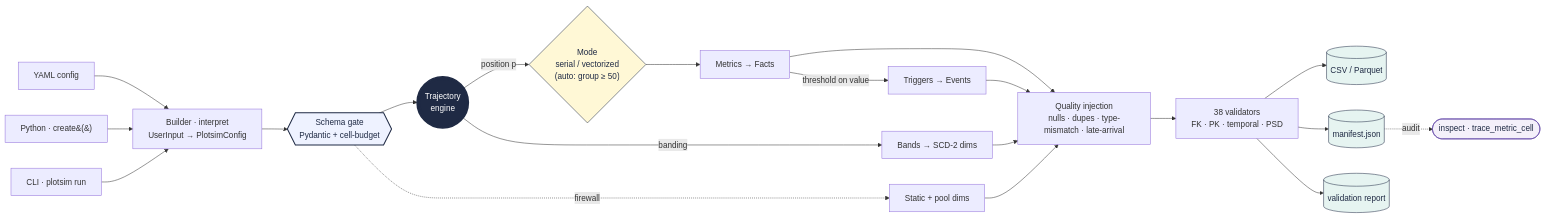
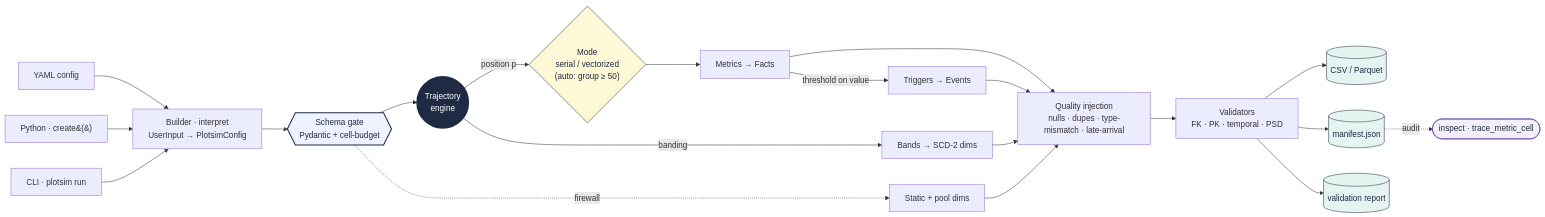
One commit to mohossam01/plotsim changed the diagram in README.md. Above: the diagram before and after it, drawn with Mermaid. The commit also changed other lines of this file and 23 other files, not shown here.

````diff
--- a/README.md
+++ b/README.md
@@ -155,66 +155,66 @@
 ```mermaid
 flowchart LR
     %% Three input paths
     YAML["YAML config"]
     PY["Python · create&#40;&#41;"]
     CLI["CLI · plotsim run"]
 
     %% Audit surface (read-only, post-generation)
     INS(["inspect · trace_metric_cell"])
 
     %% All three converge on the builder
     YAML --> BUILD
     PY --> BUILD
     CLI --> BUILD
 
     BUILD["Builder · interpret<br/>UserInput → PlotsimConfig"]
 
     %% Schema gate
     BUILD --> SCHEMA
     SCHEMA{{"Schema gate<br/>Pydantic + cell-budget"}}
 
     %% Engine — trajectory hub
     SCHEMA --> TRAJ
     TRAJ(((Trajectory<br/>engine)))
 
     %% Generation-mode decision (only on the fact-table path)
     TRAJ -->|"position p"| MODE{"Mode<br/>serial / vectorized<br/>(auto: group ≥ 50)"}
 
     %% Direct & transitive consumers
     MODE --> METR["Metrics → Facts"]
     TRAJ -->|"banding"| SCDB["Bands → SCD-2 dims"]
     METR -->|"threshold on value"| EVTR["Triggers → Events"]
 
     %% Architectural firewall — static / pool dims bypass trajectory
     SCHEMA -.firewall.-> SDIMS["Static + pool dims"]
 
     %% Quality injection (deliberate defects)
     METR --> QLT
     EVTR --> QLT
     SCDB --> QLT
     SDIMS --> QLT
     QLT["Quality injection<br/>nulls · dupes · type-mismatch · late-arrival"]
 
     %% Validation (integrity checks)
-    QLT --> VAL["38 validators<br/>FK · PK · temporal · PSD"]
+    QLT --> VAL["Validators<br/>FK · PK · temporal · PSD"]
 
     %% Outputs diverge
     VAL --> CSV[("CSV / Parquet")]
     VAL --> MAN[("manifest.json")]
     VAL --> RPT[("validation report")]
 
     %% Audit back-edge
     MAN -.audit.-> INS
 
     classDef gate fill:#eef2ff,stroke:#1f2a44,stroke-width:2px,color:#1f2a44
     classDef hub fill:#1f2a44,color:#fff,stroke:#1f2a44,stroke-width:3px
     classDef store fill:#e6f4f1,stroke:#1f2a44,color:#1f2a44
     classDef audit fill:#f4f0fa,stroke:#5a3da3,color:#1f2a44
     classDef decision fill:#fff8d6,stroke:#1f2a44,color:#1f2a44
 
     class SCHEMA gate
     class TRAJ hub
     class CSV,MAN,RPT store
     class INS audit
     class MODE decision
 ```
````
